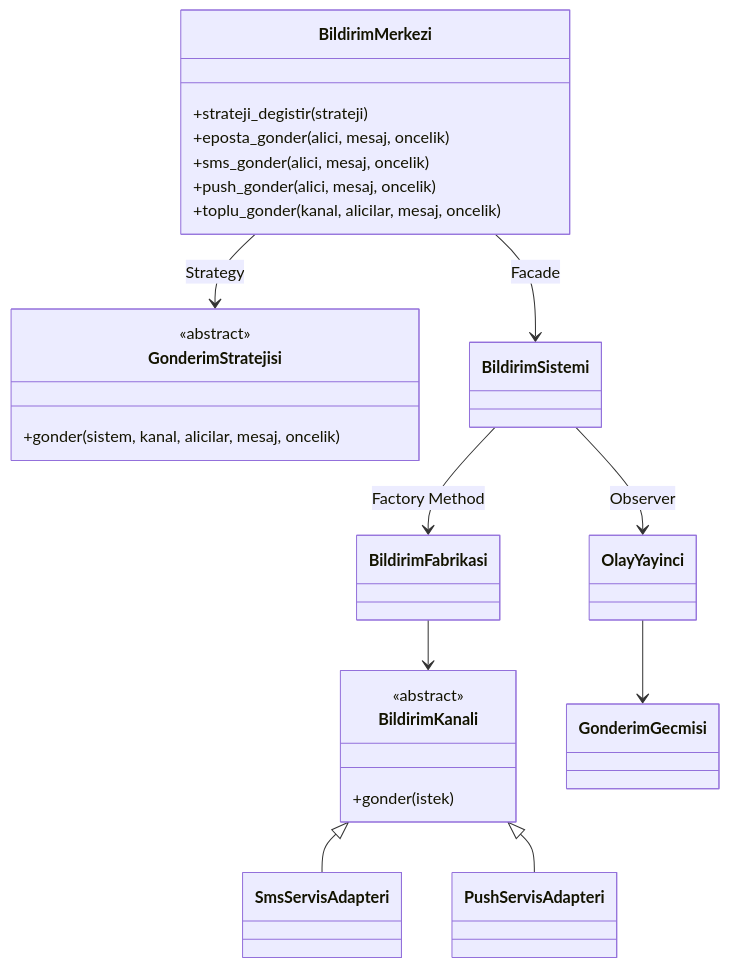
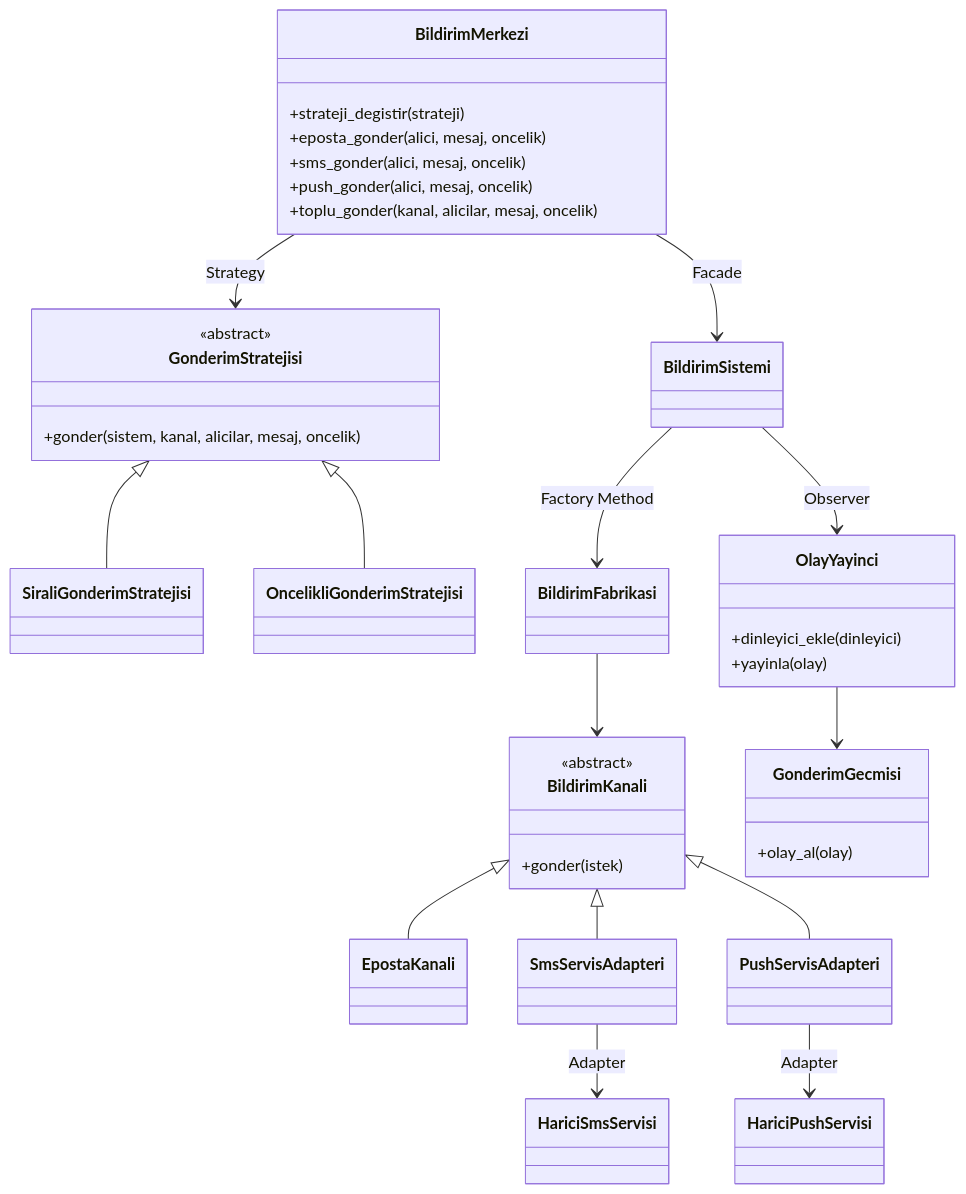
One commit to ayseguldogan2706-cpu/evrimlesen-bildirim-sistemi changed the diagram in README.md. Above: the diagram before and after it, drawn with Mermaid. The commit also changed 1 other file, not shown here.

Commit message:
docs: denetim sonrasi odev uyumunu netlestir

````diff
--- a/README.md
+++ b/README.md
@@ -54,35 +54,50 @@
 ```mermaid
 classDiagram
     class BildirimMerkezi {
         +strateji_degistir(strateji)
         +eposta_gonder(alici, mesaj, oncelik)
         +sms_gonder(alici, mesaj, oncelik)
         +push_gonder(alici, mesaj, oncelik)
         +toplu_gonder(kanal, alicilar, mesaj, oncelik)
     }
 
     class GonderimStratejisi {
         <<abstract>>
         +gonder(sistem, kanal, alicilar, mesaj, oncelik)
     }
 
+    class SiraliGonderimStratejisi
+    class OncelikliGonderimStratejisi
     class BildirimSistemi
     class BildirimFabrikasi
     class BildirimKanali {
         <<abstract>>
         +gonder(istek)
     }
+    class EpostaKanali
     class SmsServisAdapteri
     class PushServisAdapteri
-    class OlayYayinci
-    class GonderimGecmisi
+    class OlayYayinci {
+        +dinleyici_ekle(dinleyici)
+        +yayinla(olay)
+    }
+    class GonderimGecmisi {
+        +olay_al(olay)
+    }
+    class HariciSmsServisi
+    class HariciPushServisi
 
     BildirimMerkezi --> GonderimStratejisi : Strategy
+    GonderimStratejisi <|-- SiraliGonderimStratejisi
+    GonderimStratejisi <|-- OncelikliGonderimStratejisi
     BildirimMerkezi --> BildirimSistemi : Facade
     BildirimSistemi --> BildirimFabrikasi : Factory Method
     BildirimSistemi --> OlayYayinci : Observer
     OlayYayinci --> GonderimGecmisi
     BildirimFabrikasi --> BildirimKanali
+    BildirimKanali <|-- EpostaKanali
     BildirimKanali <|-- SmsServisAdapteri
     BildirimKanali <|-- PushServisAdapteri
+    SmsServisAdapteri --> HariciSmsServisi : Adapter
+    PushServisAdapteri --> HariciPushServisi : Adapter
 ```
````
